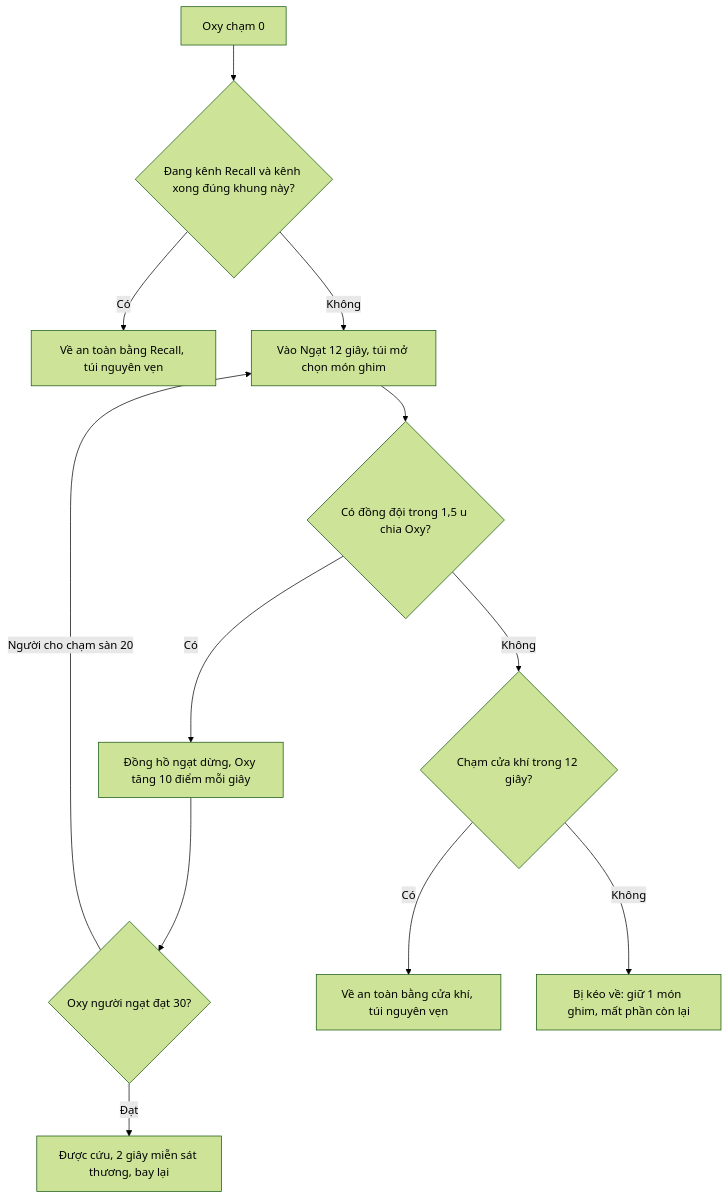
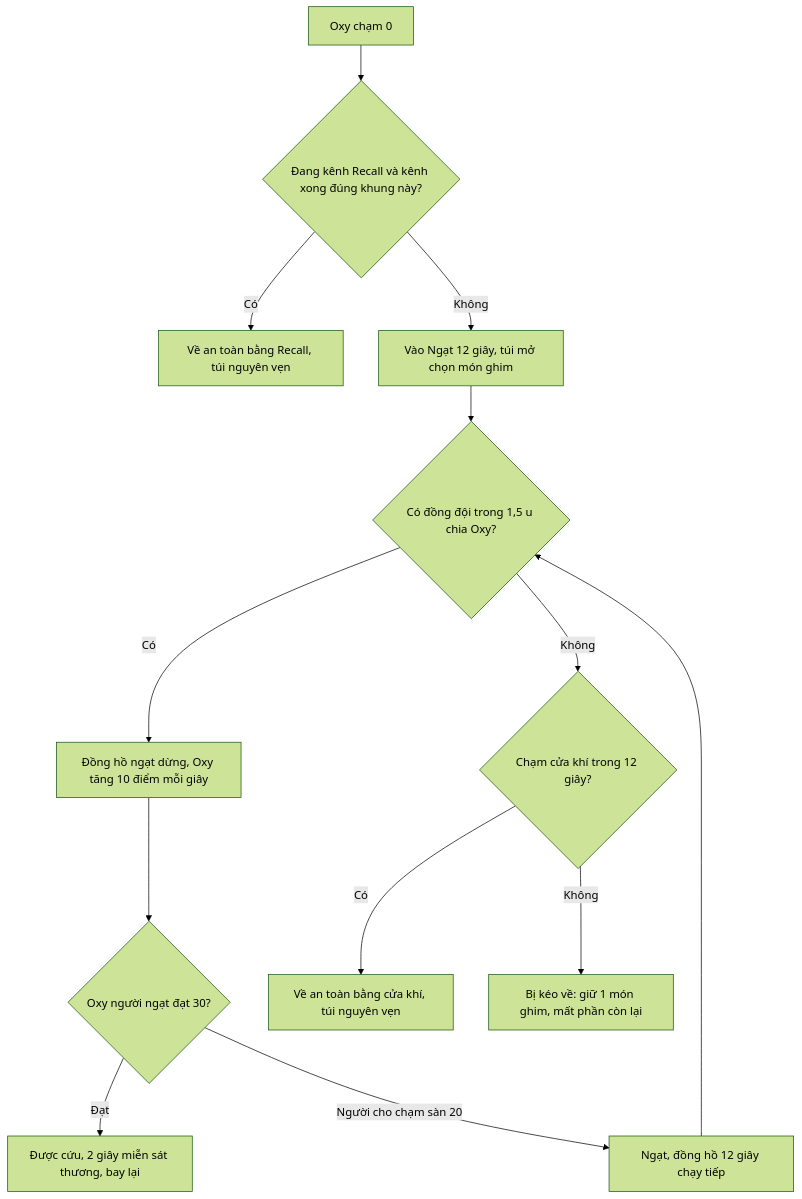
One commit to huycv18/DATN-SP27 changed the diagram in projects/game-moi/book/phan-2/02-nguoi-choi.md. Above: the diagram before and after it, drawn with Mermaid (forest theme). The commit also changed other lines of this file and 2 other files, not shown here.

````diff
--- a/projects/game-moi/book/phan-2/02-nguoi-choi.md
+++ b/projects/game-moi/book/phan-2/02-nguoi-choi.md
@@ -133,14 +133,15 @@
 ```mermaid
 flowchart TD
   A["Oxy chạm 0"] --> B{"Đang kênh Recall và kênh xong đúng khung này?"}
   B -->|Có| C["Về an toàn bằng Recall, túi nguyên vẹn"]
   B -->|Không| D["Vào Ngạt 12 giây, túi mở chọn món ghim"]
   D --> E{"Có đồng đội trong 1,5 u chia Oxy?"}
   E -->|Có| F["Đồng hồ ngạt dừng, Oxy tăng 10 điểm mỗi giây"]
   F --> G{"Oxy người ngạt đạt 30?"}
   G -->|Đạt| H["Được cứu, 2 giây miễn sát thương, bay lại"]
-  G -->|Người cho chạm sàn 20| D
+  G -->|Người cho chạm sàn 20| D2["Ngạt, đồng hồ 12 giây chạy tiếp"]
+  D2 --> E
   E -->|Không| I{"Chạm cửa khí trong 12 giây?"}
   I -->|Có| J["Về an toàn bằng cửa khí, túi nguyên vẹn"]
   I -->|Không| K["Bị kéo về: giữ 1 món ghim, mất phần còn lại"]
 ```
````
